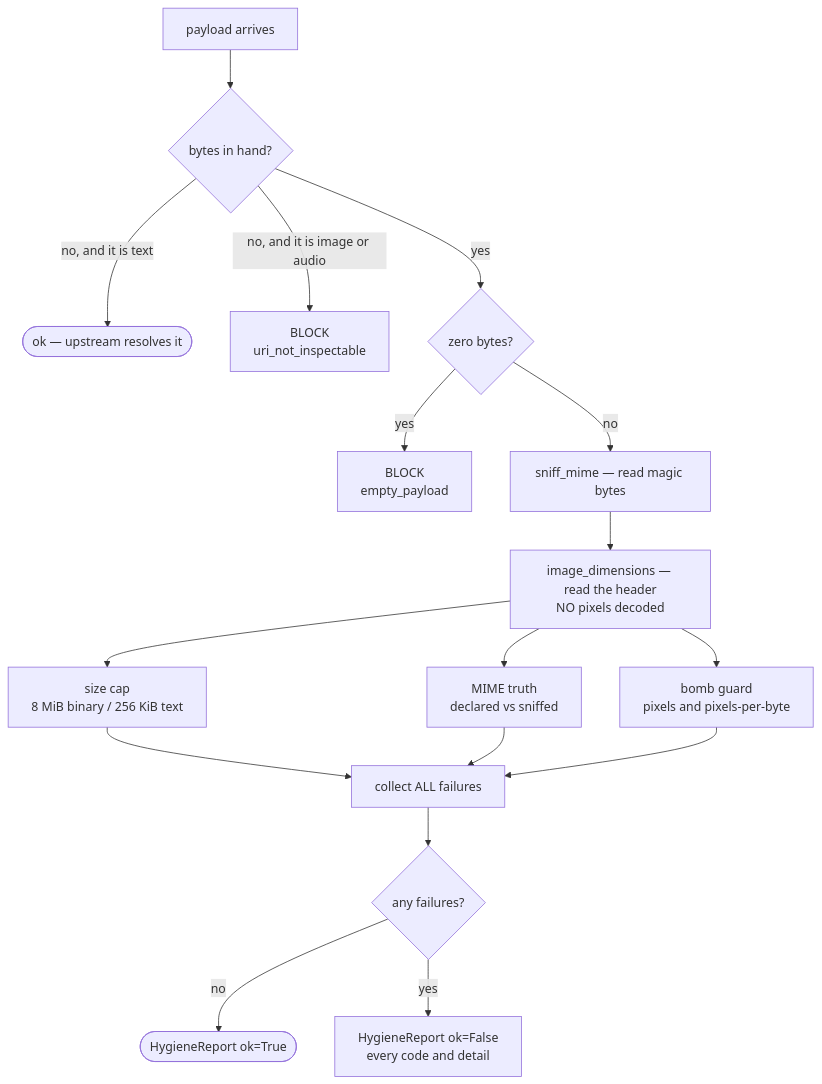
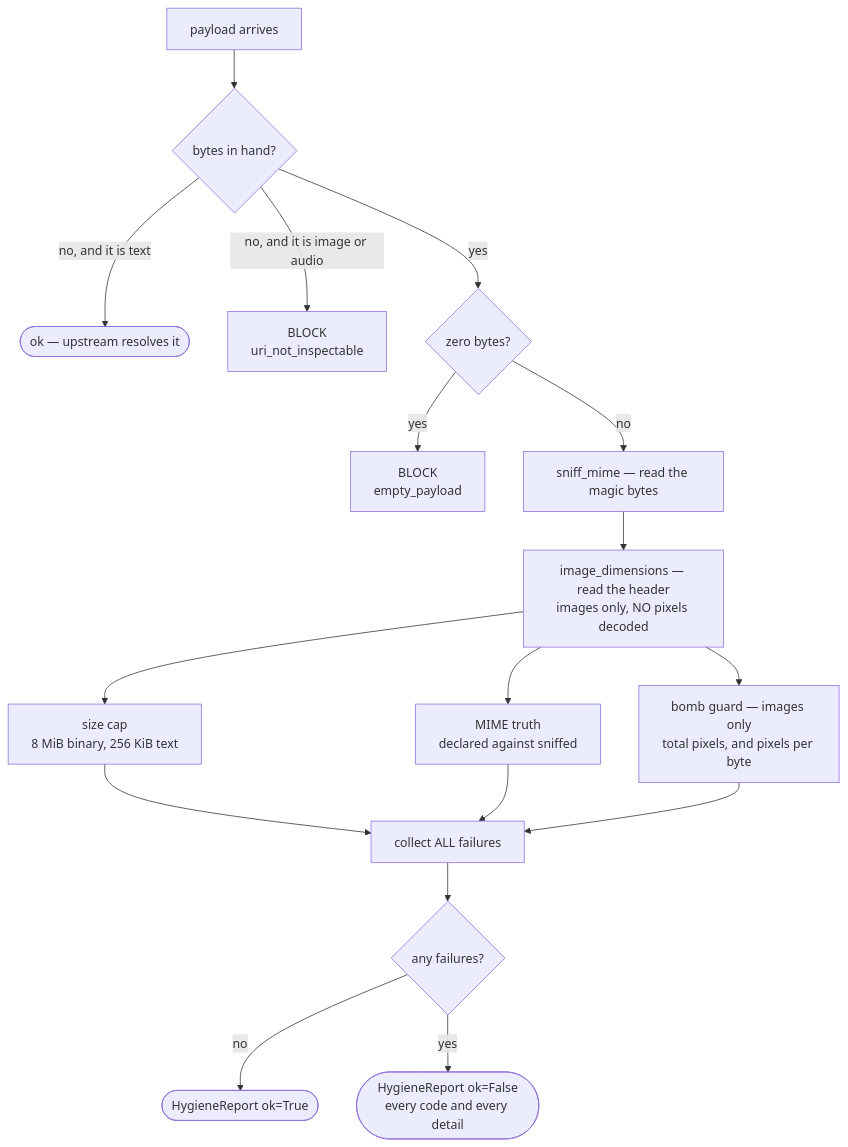
The second of 5 diagrams in docs/teaching/media/40-diagrams.md (yrevash/aegis), drawn with Mermaid before and after one commit. The commit also changed other lines of this file and 111 other files, not shown here.

````diff
--- a/docs/teaching/media/40-diagrams.md
+++ b/docs/teaching/media/40-diagrams.md
@@ -47,25 +42,25 @@
 ```mermaid
 flowchart TB
     P["payload arrives"] --> INLINE{"bytes in hand?"}
 
     INLINE -->|"no, and it is text"| TOK(["ok — upstream resolves it"])
     INLINE -->|"no, and it is image or audio"| NOTINSP["BLOCK<br/>uri_not_inspectable"]
     INLINE -->|yes| EMPTY{"zero bytes?"}
 
     EMPTY -->|yes| EMP["BLOCK<br/>empty_payload"]
-    EMPTY -->|no| SNIFF["sniff_mime — read magic bytes"]
+    EMPTY -->|no| SNIFF["sniff_mime — read the magic bytes"]
 
-    SNIFF --> DIMS["image_dimensions — read the header<br/>NO pixels decoded"]
+    SNIFF --> DIMS["image_dimensions — read the header<br/>images only, NO pixels decoded"]
 
-    DIMS --> C1["size cap<br/>8 MiB binary / 256 KiB text"]
-    DIMS --> C2["MIME truth<br/>declared vs sniffed"]
-    DIMS --> C3["bomb guard<br/>pixels and pixels-per-byte"]
+    DIMS --> C1["size cap<br/>8 MiB binary, 256 KiB text"]
+    DIMS --> C2["MIME truth<br/>declared against sniffed"]
+    DIMS --> C3["bomb guard — images only<br/>total pixels, and pixels per byte"]
 
     C1 --> AGG["collect ALL failures"]
     C2 --> AGG
     C3 --> AGG
 
     AGG --> OK{"any failures?"}
     OK -->|no| PASS(["HygieneReport ok=True"])
-    OK -->|yes| BLK["HygieneReport ok=False<br/>every code and detail"]
+    OK -->|yes| BLK(["HygieneReport ok=False<br/>every code and every detail"])
 ```
````
